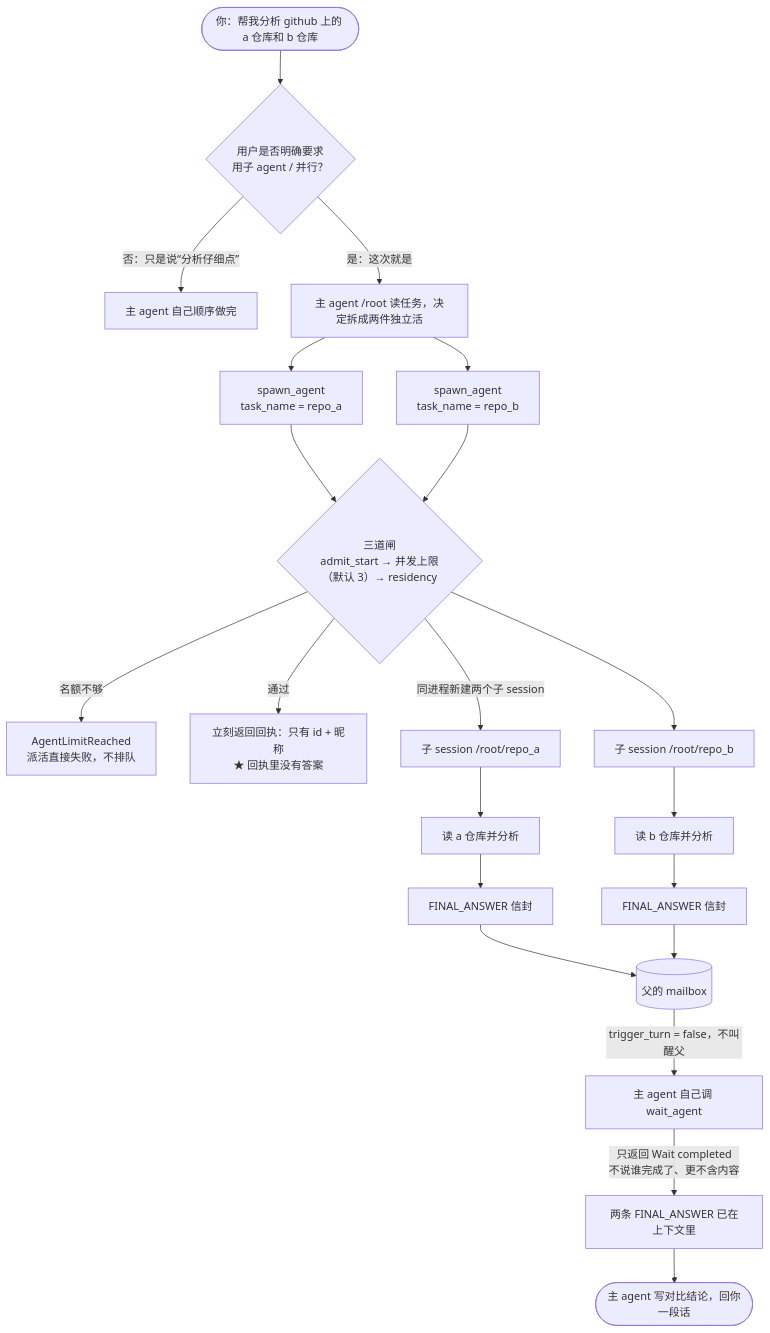
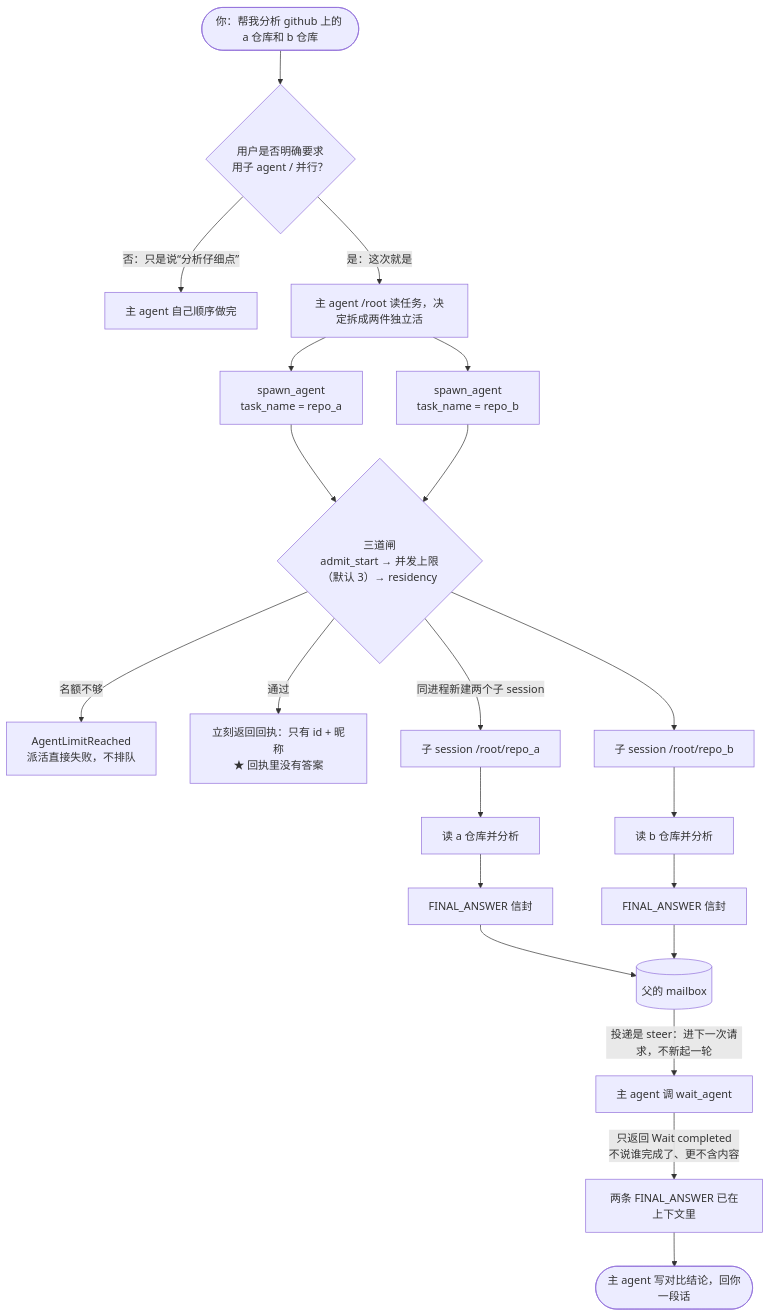
Before and after one commit to ErKeLost/Orbit: the diagram in docs/MULTI_AGENT.md, drawn with Mermaid. The commit also changed other lines of this file and 10 other files, not shown here.

````diff
--- a/docs/MULTI_AGENT.md
+++ b/docs/MULTI_AGENT.md
@@ -15,29 +15,29 @@
 ```mermaid
 flowchart TD
     A(["你：帮我分析 github 上的 a 仓库和 b 仓库"]) --> B{"用户是否明确要求<br/>用子 agent / 并行？"}
     B -- "否：只是说“分析仔细点”" --> B1["主 agent 自己顺序做完"]
     B -- "是：这次就是" --> C["主 agent /root 读任务，决定拆成两件独立活"]
 
     C --> D1["spawn_agent<br/>task_name = repo_a"]
     C --> D2["spawn_agent<br/>task_name = repo_b"]
 
     D1 --> E{"三道闸<br/>admit_start → 并发上限（默认 3）→ residency"}
     D2 --> E
     E -- "名额不够" --> E1["AgentLimitReached<br/>派活直接失败，不排队"]
     E -- "通过" --> ACK["立刻返回回执：只有 id + 昵称<br/>★ 回执里没有答案"]
 
     E -- "同进程新建两个子 session" --> F1["子 session /root/repo_a"]
     E --> F2["子 session /root/repo_b"]
 
     F1 --> G1["读 a 仓库并分析"]
     F2 --> G2["读 b 仓库并分析"]
 
     G1 --> H1["FINAL_ANSWER 信封"]
     G2 --> H2["FINAL_ANSWER 信封"]
 
     H1 --> M[("父的 mailbox")]
     H2 --> M
-    M -- "trigger_turn = false，不叫醒父" --> W["主 agent 自己调 wait_agent"]
+    M -- "投递是 steer：进下一次请求，不新起一轮" --> W["主 agent 调 wait_agent"]
     W -- "只返回 Wait completed<br/>不说谁完成了、更不含内容" --> X["两条 FINAL_ANSWER 已在上下文里"]
     X --> Y(["主 agent 写对比结论，回你一段话"])
 ```
````
